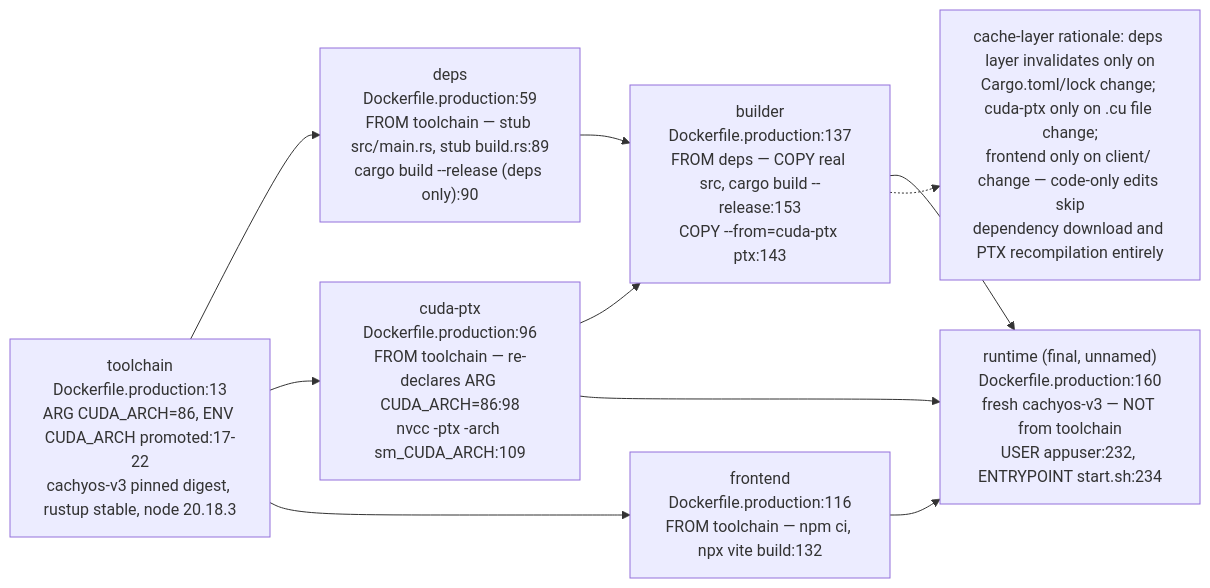
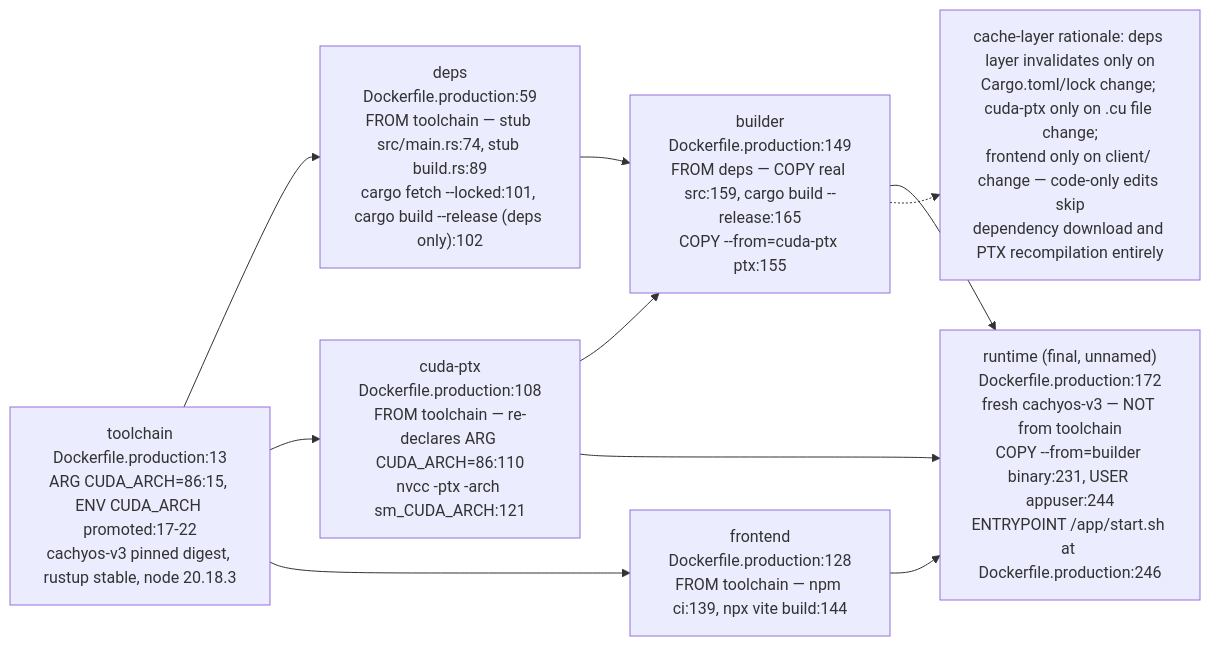
One commit to DreamLab-AI/AR-AI-Knowledge-Graph changed the fourth of 19 diagrams in docs/diagrams/estate/09-build-deploy-and-ci-estate.md. Above: the diagram before and after it, drawn with Mermaid. The commit also changed other lines of this file and 73 other files, not shown here.

First line of the commit message:
docs(diagrams): re-verify all 71 topic files against HEAD; add --cite-check

````diff
--- a/docs/diagrams/estate/09-build-deploy-and-ci-estate.md
+++ b/docs/diagrams/estate/09-build-deploy-and-ci-estate.md
@@ -166,21 +166,21 @@
 ```mermaid
 flowchart LR
-    TOOLCHAIN["toolchain<br/>Dockerfile.production:13<br/>ARG CUDA_ARCH=86, ENV CUDA_ARCH promoted:17-22<br/>cachyos-v3 pinned digest, rustup stable, node 20.18.3"]
-    DEPS["deps<br/>Dockerfile.production:59<br/>FROM toolchain — stub src/main.rs, stub build.rs:89<br/>cargo build --release (deps only):90"]
-    CUDAPTX["cuda-ptx<br/>Dockerfile.production:96<br/>FROM toolchain — re-declares ARG CUDA_ARCH=86:98<br/>nvcc -ptx -arch sm_CUDA_ARCH:109"]
-    FRONTEND["frontend<br/>Dockerfile.production:116<br/>FROM toolchain — npm ci, npx vite build:132"]
-    BUILDER["builder<br/>Dockerfile.production:137<br/>FROM deps — COPY real src, cargo build --release:153<br/>COPY --from=cuda-ptx ptx:143"]
-    RUNTIME["runtime (final, unnamed)<br/>Dockerfile.production:160<br/>fresh cachyos-v3 — NOT from toolchain<br/>USER appuser:232, ENTRYPOINT start.sh:234"]
+    TOOLCHAIN["toolchain<br/>Dockerfile.production:13<br/>ARG CUDA_ARCH=86:15, ENV CUDA_ARCH promoted:17-22<br/>cachyos-v3 pinned digest, rustup stable, node 20.18.3"]
+    DEPS["deps<br/>Dockerfile.production:59<br/>FROM toolchain — stub src/main.rs:74, stub build.rs:89<br/>cargo fetch --locked:101, cargo build --release (deps only):102"]
+    CUDAPTX["cuda-ptx<br/>Dockerfile.production:108<br/>FROM toolchain — re-declares ARG CUDA_ARCH=86:110<br/>nvcc -ptx -arch sm_CUDA_ARCH:121"]
+    FRONTEND["frontend<br/>Dockerfile.production:128<br/>FROM toolchain — npm ci:139, npx vite build:144"]
+    BUILDER["builder<br/>Dockerfile.production:149<br/>FROM deps — COPY real src:159, cargo build --release:165<br/>COPY --from=cuda-ptx ptx:155"]
+    RUNTIME["runtime (final, unnamed)<br/>Dockerfile.production:172<br/>fresh cachyos-v3 — NOT from toolchain<br/>COPY --from=builder binary:231, USER appuser:244<br/>ENTRYPOINT /app/start.sh at Dockerfile.production:246"]
 
     TOOLCHAIN --> DEPS
     TOOLCHAIN --> CUDAPTX
     TOOLCHAIN --> FRONTEND
     DEPS --> BUILDER
     CUDAPTX --> BUILDER
     BUILDER --> RUNTIME
     FRONTEND --> RUNTIME
     CUDAPTX --> RUNTIME
 
     NOTE1["cache-layer rationale: deps layer invalidates only on<br/>Cargo.toml/lock change; cuda-ptx only on .cu file change;<br/>frontend only on client/ change — code-only edits skip<br/>dependency download and PTX recompilation entirely"]
     BUILDER -.-> NOTE1
 ```
````
